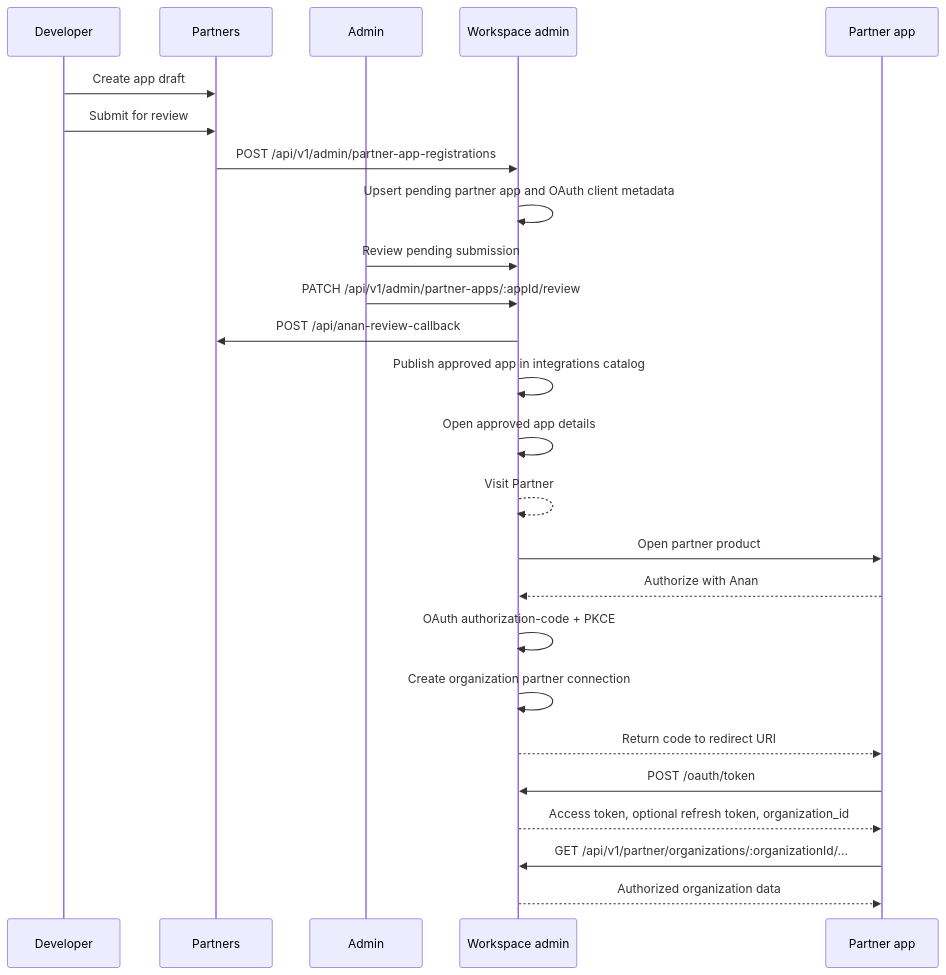
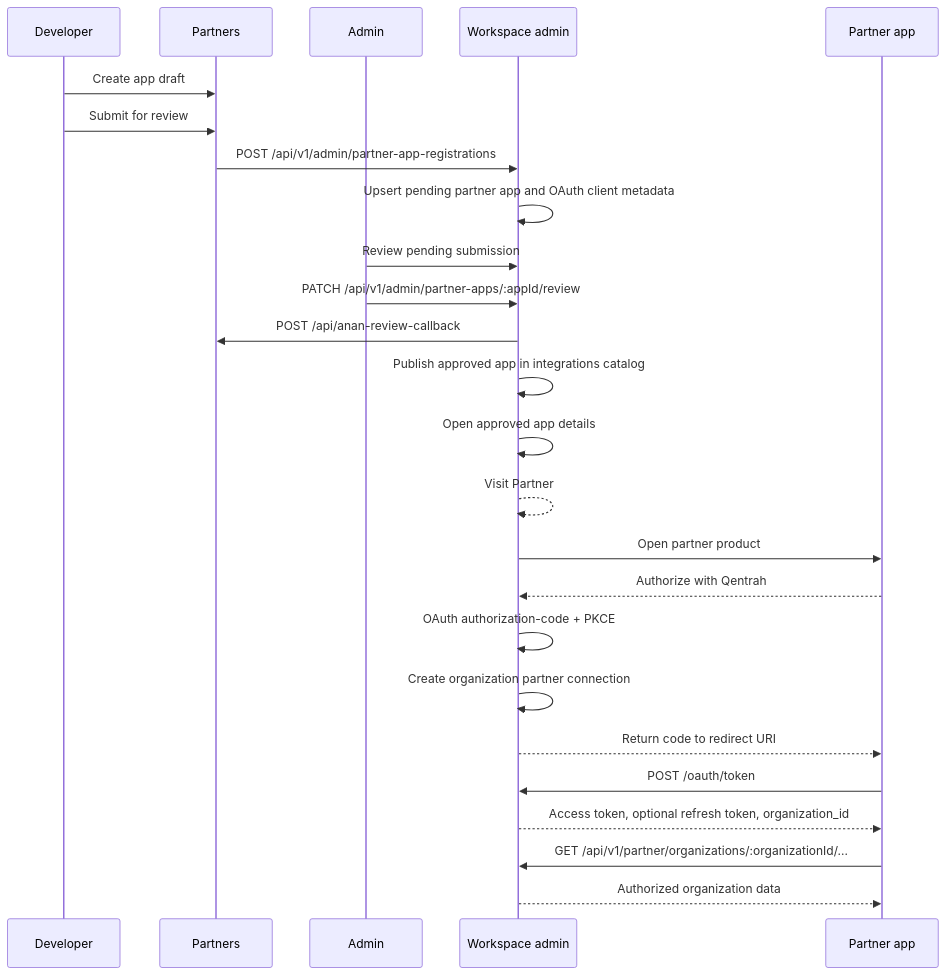
Before and after one commit to Up-to-code/ai-p1: the diagram in docs/partner-platform/README.md, drawn with Mermaid. The commit also changed other lines of this file and 289 other files, not shown here.

First line of the commit message:
Rename Anan to Qentrah; add brand identity

````diff
--- a/docs/partner-platform/README.md
+++ b/docs/partner-platform/README.md
@@ -20,29 +20,29 @@
 ```mermaid
 sequenceDiagram
   participant Dev as Developer
   participant Partners as Partners
   participant Admin as Admin
   participant Workspace as Workspace
   participant Workspace as Workspace admin
   participant App as Partner app
 
   Dev->>Partners: Create app draft
   Dev->>Partners: Submit for review
   Partners->>Workspace: POST /api/v1/admin/partner-app-registrations
   Workspace->>Workspace: Upsert pending partner app and OAuth client metadata
   Admin->>Workspace: Review pending submission
   Admin->>Workspace: PATCH /api/v1/admin/partner-apps/:appId/review
   Workspace->>Partners: POST /api/anan-review-callback
   Workspace->>Workspace: Publish approved app in integrations catalog
   Workspace->>Workspace: Open approved app details
   Workspace-->>Workspace: Visit Partner
   Workspace->>App: Open partner product
-  App-->>Workspace: Authorize with Anan
+  App-->>Workspace: Authorize with Qentrah
   Workspace->>Workspace: OAuth authorization-code + PKCE
   Workspace->>Workspace: Create organization partner connection
   Workspace-->>App: Return code to redirect URI
   App->>Workspace: POST /oauth/token
   Workspace-->>App: Access token, optional refresh token, organization_id
   App->>Workspace: GET /api/v1/partner/organizations/:organizationId/...
   Workspace-->>App: Authorized organization data
 ```
````
